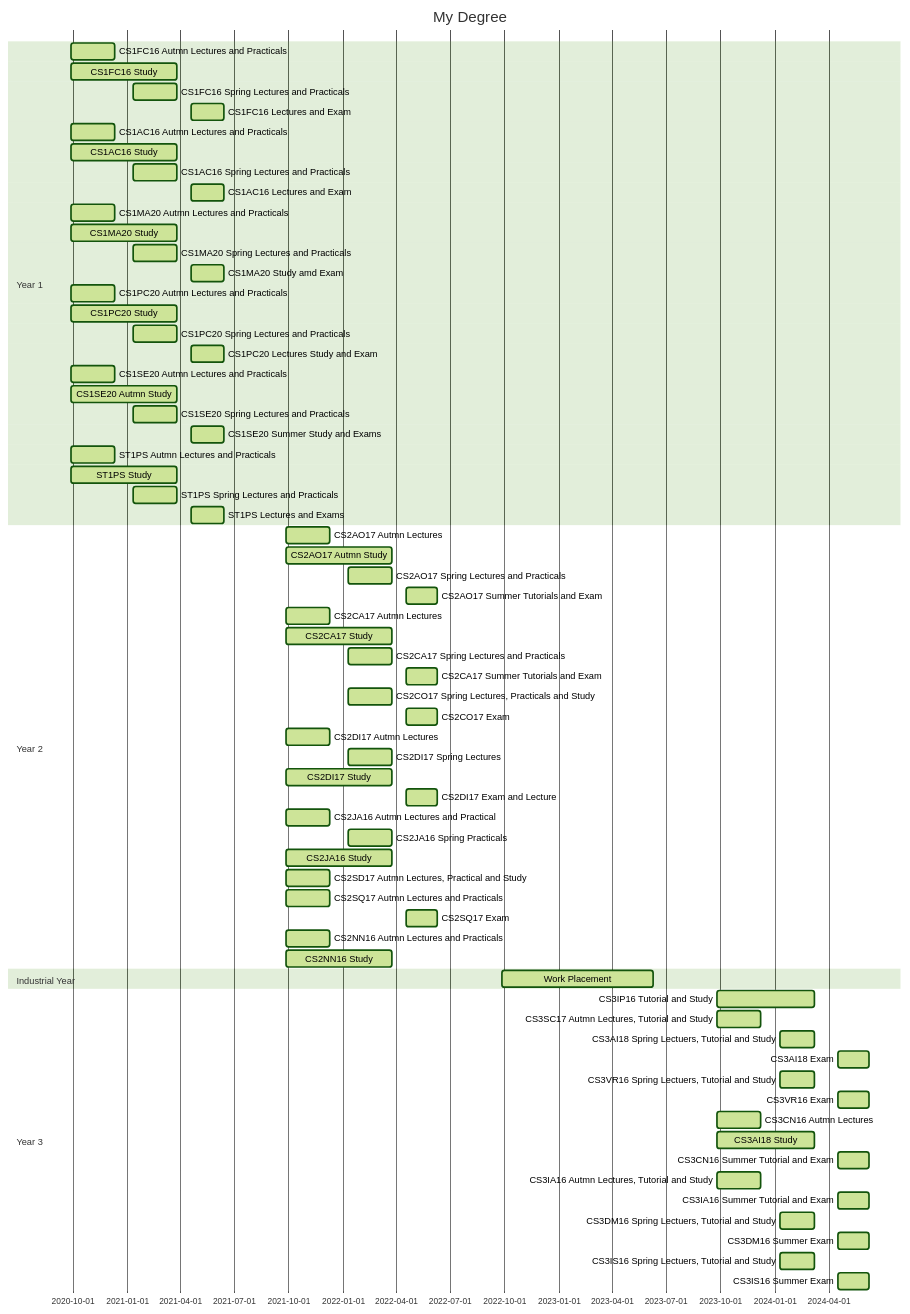
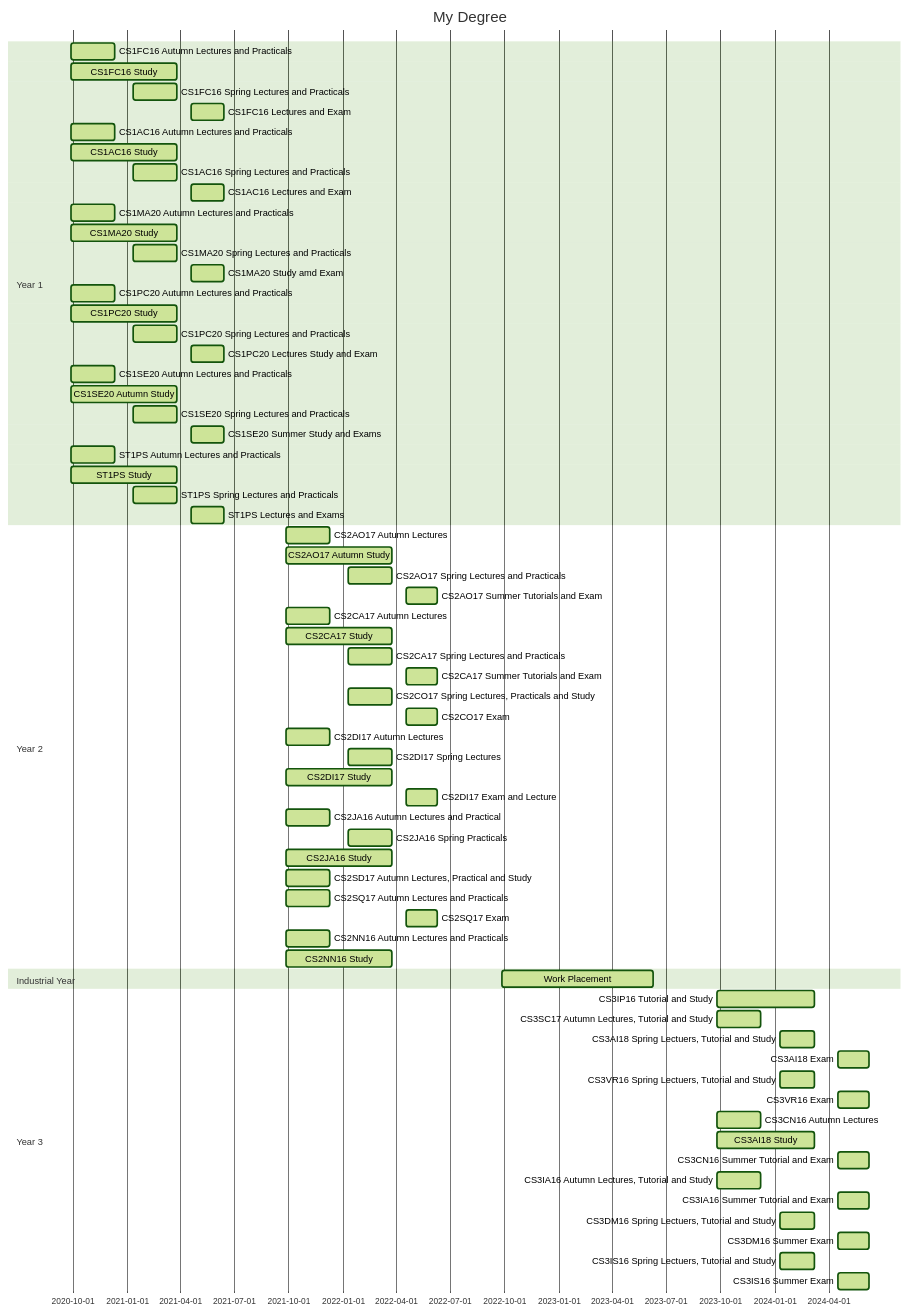
One commit to joshjh2002/software-engineering-models changed the second of 2 diagrams in LearningPlan.md. Above: the diagram before and after it, drawn with Mermaid (forest theme). The commit also changed other lines of this file, not shown here.

Commit message:
Reflection II

```diff
--- a/LearningPlan.md
+++ b/LearningPlan.md
@@ -126,15 +126,14 @@
 title My Degree
 
 section Year 1
-CS1FC16 Autmn Lectures and Practicals :active,    des1, 2020-09-28,2020-12-11
+CS1FC16 Autumn Lectures and Practicals :active,    des1, 2020-09-28,2020-12-11
 CS1FC16 Study :active,    des1, 2020-09-28,2021-03-26
 
 CS1FC16 Spring Lectures and Practicals :active,    des1, 2021-01-11,2021-03-26
 
 CS1FC16 Lectures and Exam:active,    des1, 2021-04-19,2021-06-14
 
-
-CS1AC16 Autmn Lectures and Practicals :active,    des1, 2020-09-28,2020-12-11
+CS1AC16 Autumn Lectures and Practicals :active,    des1, 2020-09-28,2020-12-11
 CS1AC16 Study :active,    des1, 2020-09-28,2021-03-26
 
 CS1AC16 Spring Lectures and Practicals :active,    des1, 2021-01-11,2021-03-26
@@ -142,16 +141,14 @@
 CS1AC16 Lectures and Exam:active,    des1, 2021-04-19,2021-06-14
 
 
-
-CS1MA20 Autmn Lectures and Practicals :active,    des1, 2020-09-28,2020-12-11
+CS1MA20 Autumn Lectures and Practicals :active,    des1, 2020-09-28,2020-12-11
 CS1MA20 Study :active,    des1, 2020-09-28,2021-03-26
 
 CS1MA20 Spring Lectures and Practicals :active,    des1, 2021-01-11,2021-03-26
 
 CS1MA20 Study amd Exam :active,    des1, 2021-04-19,2021-06-14
 
-
-CS1PC20 Autmn Lectures and Practicals :active,    des1, 2020-09-28,2020-12-11
+CS1PC20 Autumn Lectures and Practicals :active,    des1, 2020-09-28,2020-12-11
 CS1PC20 Study :active,    des1, 2020-09-28,2021-03-26
 
 CS1PC20 Spring Lectures and Practicals :active,    des1, 2021-01-11,2021-03-26
@@ -159,30 +156,27 @@
 CS1PC20 Lectures Study and Exam :active,    des1, 2021-04-19,2021-06-14
 
 
-
-CS1SE20 Autmn Lectures and Practicals :active,    des1, 2020-09-28,2020-12-11
-CS1SE20 Autmn Study :active,    des1, 2020-09-28,2021-03-26
+CS1SE20 Autumn Lectures and Practicals :active,    des1, 2020-09-28,2020-12-11
+CS1SE20 Autumn Study :active,    des1, 2020-09-28,2021-03-26
 
 CS1SE20 Spring Lectures and Practicals :active,    des1, 2021-01-11,2021-03-26
 
 CS1SE20 Summer Study and Exams :active,    des1, 2021-04-19,2021-06-14
 
-
-ST1PS Autmn Lectures and Practicals :active,    des1, 2020-09-28,2020-12-11
+ST1PS Autumn Lectures and Practicals :active,    des1, 2020-09-28,2020-12-11
 ST1PS Study :active,    des1, 2020-09-28,2021-03-26
 
 ST1PS Spring Lectures and Practicals :active,    des1, 2021-01-11,2021-03-26
 
 ST1PS Lectures and Exams :active,    des1, 2021-04-19,2021-06-14
 
-
 section Year 2
-CS2AO17 Autmn Lectures :active, dest1, 2021-09-27,2021-12-10
-CS2AO17 Autmn Study :active, dest1, 2021-09-27,2022-03-25
+CS2AO17 Autumn Lectures :active, dest1, 2021-09-27,2021-12-10
+CS2AO17 Autumn Study :active, dest1, 2021-09-27,2022-03-25
 CS2AO17 Spring Lectures and Practicals :active, dest1, 2022-01-10,2022-03-25
 CS2AO17 Summer Tutorials and Exam :active, dest1, 2022-04-17,2022-06-09
 
-CS2CA17 Autmn Lectures :active, dest1, 2021-09-27,2021-12-10
+CS2CA17 Autumn Lectures :active, dest1, 2021-09-27,2021-12-10
 CS2CA17 Study :active, dest1, 2021-09-27,2022-03-25
 CS2CA17 Spring Lectures and Practicals :active, dest1, 2022-01-10,2022-03-25
 CS2CA17 Summer Tutorials and Exam :active, dest1, 2022-04-17,2022-06-09
@@ -190,21 +184,21 @@
 CS2CO17 Spring Lectures, Practicals and Study :active, dest1, 2022-01-10,2022-03-25
 CS2CO17 Exam :active, dest1, 2022-04-17,2022-06-09
  
-CS2DI17 Autmn Lectures :active, dest1, 2021-09-27,2021-12-10
+CS2DI17 Autumn Lectures :active, dest1, 2021-09-27,2021-12-10
 CS2DI17 Spring Lectures :active, dest1, 2022-01-10,2022-03-25
 CS2DI17 Study :active, dest1, 2021-09-27,2022-03-25
 CS2DI17 Exam and Lecture :active, dest1, 2022-04-17,2022-06-09
 
-CS2JA16 Autmn Lectures and Practical  :active, dest1, 2021-09-27,2021-12-10
+CS2JA16 Autumn Lectures and Practical  :active, dest1, 2021-09-27,2021-12-10
 CS2JA16 Spring Practicals :active, dest1, 2022-01-10,2022-03-25
 CS2JA16 Study :active, dest1, 2021-09-27,2022-03-25
  
-CS2SD17 Autmn Lectures, Practical and Study  :active, dest1, 2021-09-27,2021-12-10
+CS2SD17 Autumn Lectures, Practical and Study  :active, dest1, 2021-09-27,2021-12-10
 
-CS2SQ17 Autmn Lectures and Practicals  :active, dest1, 2021-09-27,2021-12-10
+CS2SQ17 Autumn Lectures and Practicals  :active, dest1, 2021-09-27,2021-12-10
 CS2SQ17 Exam :active, dest1, 2022-04-17,2022-06-09
 
-CS2NN16 Autmn Lectures and Practicals  :active, dest1, 2021-09-27,2021-12-10
+CS2NN16 Autumn Lectures and Practicals  :active, dest1, 2021-09-27,2021-12-10
 CS2NN16 Study :active, dest1, 2021-09-27,2022-03-25
 
 section Industrial Year
@@ -213,7 +207,7 @@
 section Year 3
 CS3IP16 Tutorial and Study :active, dest1, 2023-09-25,2024-03-08
 
-CS3SC17 Autmn Lectures, Tutorial and Study :active, dest1, 2023-09-25,2023-12-08
+CS3SC17 Autumn Lectures, Tutorial and Study :active, dest1, 2023-09-25,2023-12-08
 
 CS3AI18 Spring Lectuers, Tutorial and Study :active, dest1, 2024-01-09,2024-03-08
 CS3AI18 Exam :active, dest1, 2024-04-16,2024-06-08
@@ -221,11 +215,11 @@
 CS3VR16 Spring Lectuers, Tutorial and Study :active, dest1, 2024-01-09,2024-03-08
 CS3VR16 Exam :active, dest1, 2024-04-16,2024-06-08
 
-CS3CN16 Autmn Lectures :active, dest1, 2023-09-25,2023-12-08
+CS3CN16 Autumn Lectures :active, dest1, 2023-09-25,2023-12-08
 CS3AI18 Study :active, dest1, 2023-09-25,2024-03-08
 CS3CN16 Summer Tutorial and Exam :active, dest1, 2024-04-16,2024-06-08
 
-CS3IA16 Autmn Lectures, Tutorial and Study :active, dest1, 2023-09-25,2023-12-08
+CS3IA16 Autumn Lectures, Tutorial and Study :active, dest1, 2023-09-25,2023-12-08
 CS3IA16 Summer Tutorial and Exam :active, dest1, 2024-04-16,2024-06-08
 
 CS3DM16 Spring Lectuers, Tutorial and Study :active, dest1, 2024-01-09,2024-03-08
```
